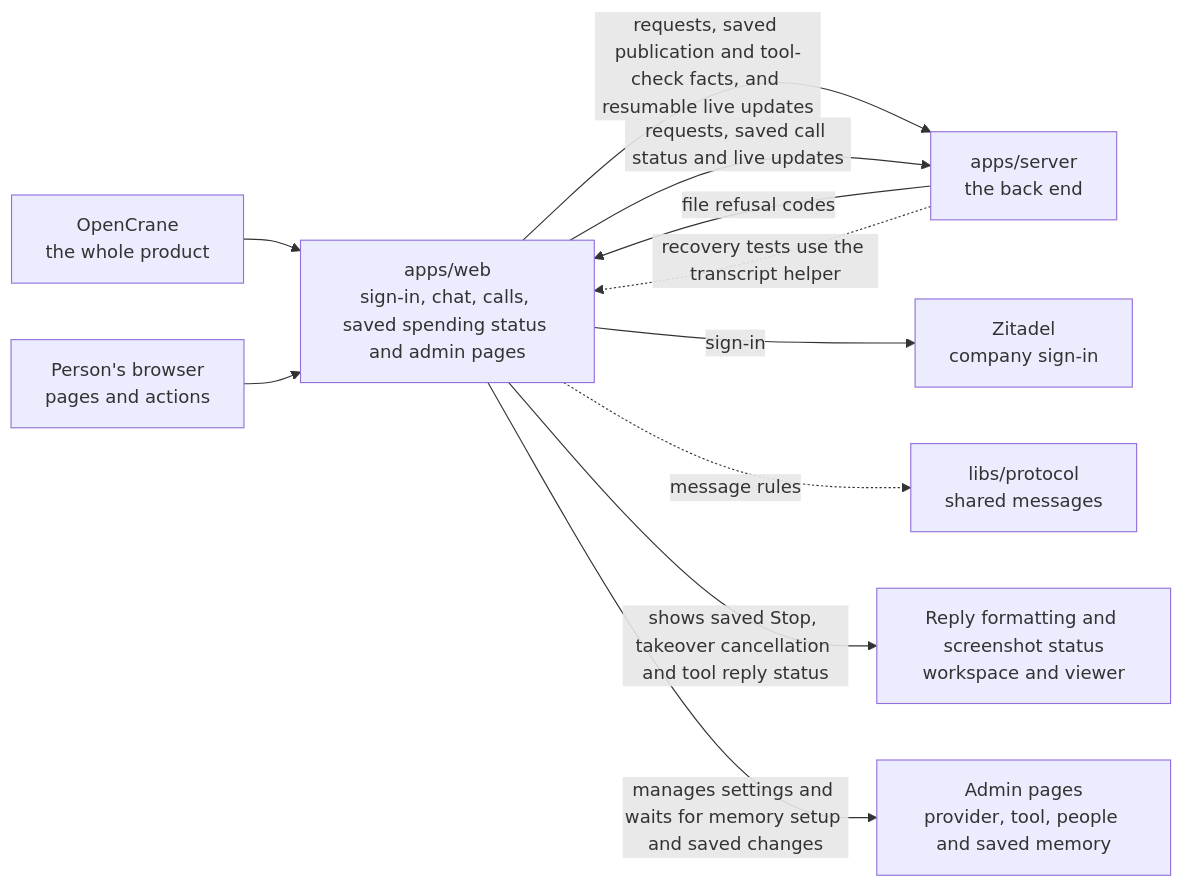
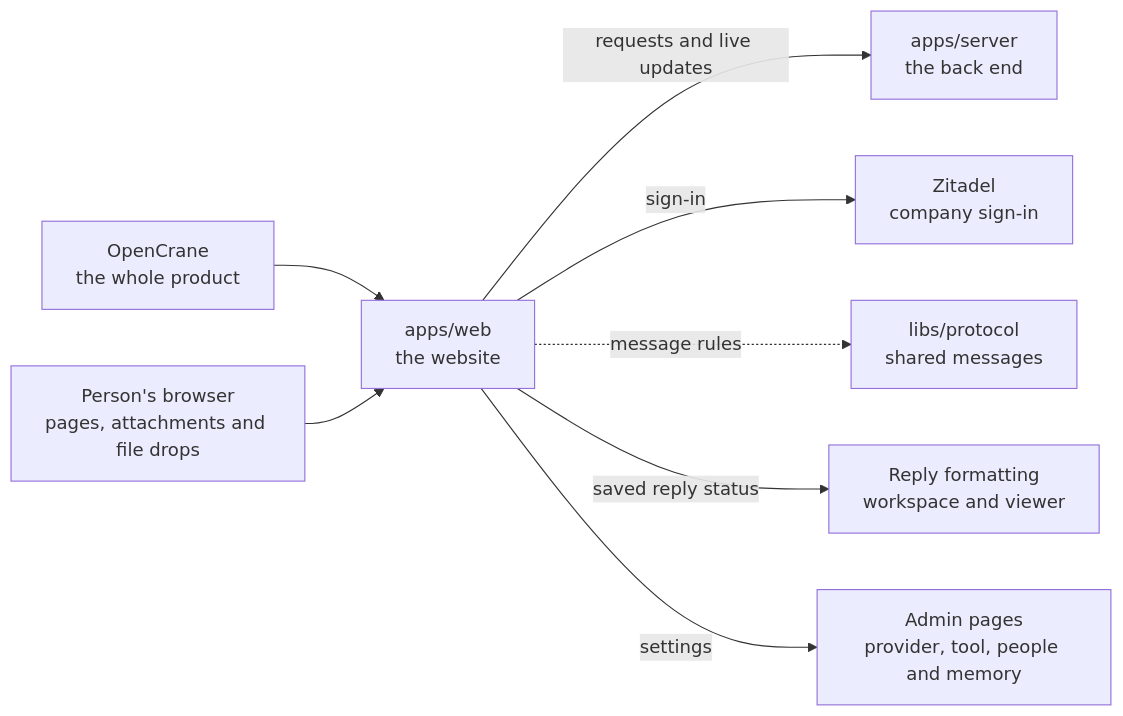
Before and after one commit to elewa-git/opencrane-new: the diagram in apps/web/README.md, drawn with Mermaid. The commit also changed other lines of this file and 19 other files, not shown here.

````diff
--- a/apps/web/README.md
+++ b/apps/web/README.md
@@ -16,13 +16,10 @@
 ```mermaid
 flowchart LR
   system["OpenCrane<br/>the whole product"] --> web["apps/web<br/>the website"]
-  browser["Person's browser<br/>pages and actions"] --> web
-  web -->|requests, saved publication and tool-check facts, and resumable live updates| server["apps/server<br/>the back end"]
-  server -->|file refusal codes| web
-  server -.->|recovery tests use the transcript helper| web
-  web["apps/web<br/>sign-in, chat, calls, saved spending status and admin pages"] -->|requests, saved call status and live updates| server["apps/server<br/>the back end"]
+  browser["Person's browser<br/>pages, attachments and file drops"] --> web
+  web -->|requests and live updates| server["apps/server<br/>the back end"]
   web -->|sign-in| zitadel["Zitadel<br/>company sign-in"]
   web -.->|message rules| protocol["libs/protocol<br/>shared messages"]
-  web -->|shows saved Stop, takeover cancellation and tool reply status| capture["Reply formatting and screenshot status<br/>workspace and viewer"]
-  web -->|manages settings and waits for memory setup and saved changes| admin["Admin pages<br/>provider, tool, people and saved memory"]
+  web -->|saved reply status| capture["Reply formatting<br/>workspace and viewer"]
+  web -->|settings| admin["Admin pages<br/>provider, tool, people and memory"]
 ```
````
